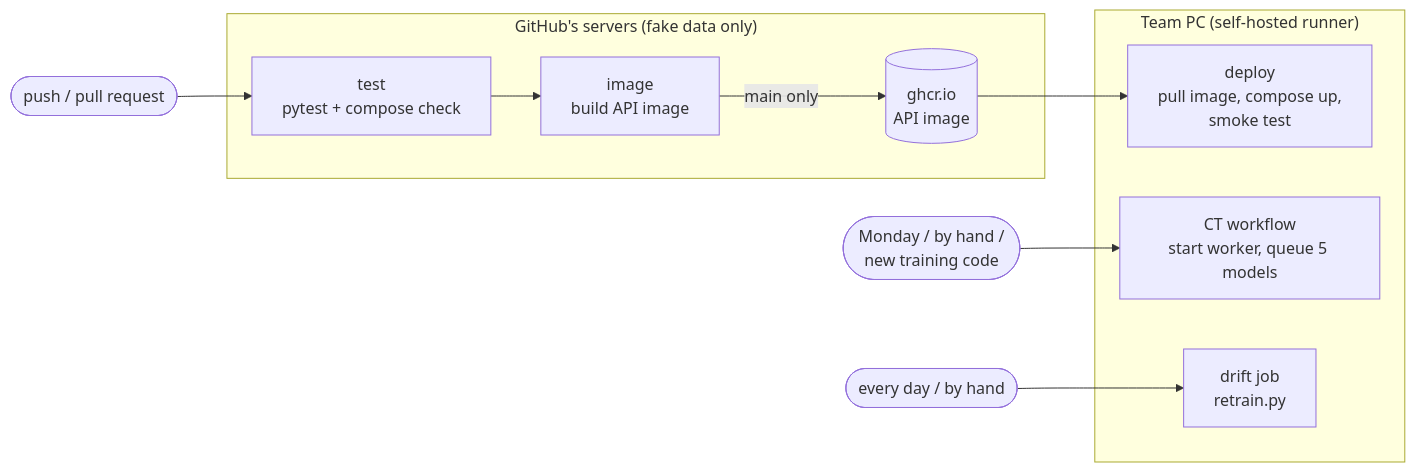
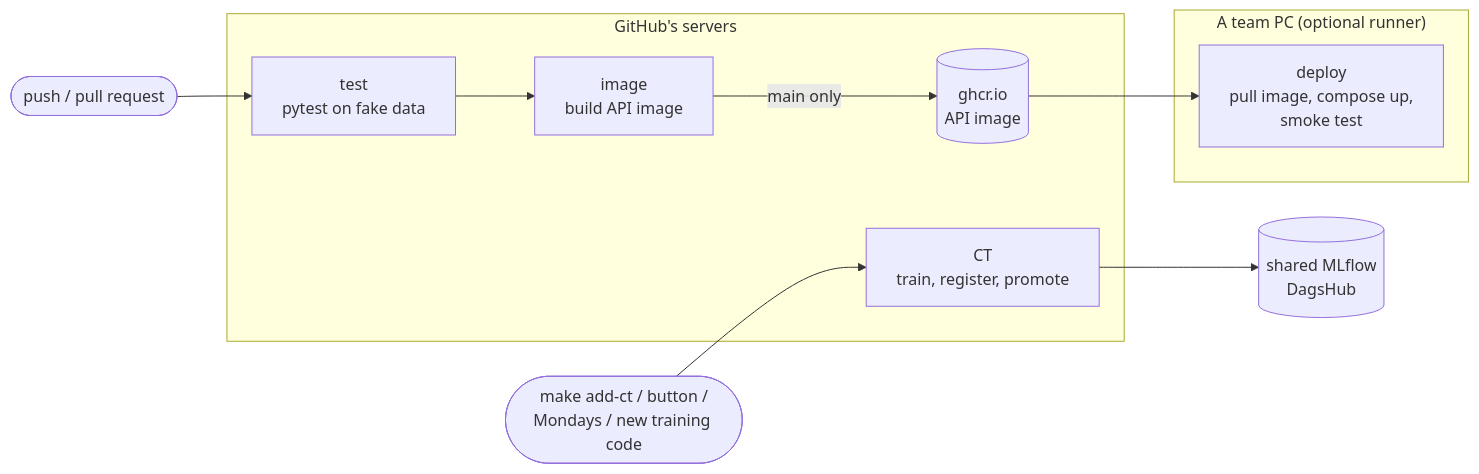
Before and after one commit to deensza/skysat-mlops: the third of 3 diagrams in docs/architecture.md, drawn with Mermaid. The commit also changed other lines of this file and 13 other files, not shown here.

Commit message:
Step 8: move continuous training to GitHub Actions with a shared DagsHub MLflow

````diff
--- a/docs/architecture.md
+++ b/docs/architecture.md
@@ -114,17 +125,16 @@
 ```mermaid
 flowchart LR
-    subgraph GH["GitHub's servers (fake data only)"]
-        test["test<br/>pytest + compose check"]
+    subgraph GH["GitHub's servers"]
+        test["test<br/>pytest on fake data"]
         image["image<br/>build API image"]
         ghcr[("ghcr.io<br/>API image")]
+        ct["CT<br/>train, register, promote"]
     end
-    subgraph PC["Team PC (self-hosted runner)"]
+    mlflow[("shared MLflow<br/>DagsHub")]
+    subgraph PC["A team PC (optional runner)"]
         deploy["deploy<br/>pull image, compose up,<br/>smoke test"]
-        ctjob["CT workflow<br/>start worker, queue 5 models"]
-        drift["drift job<br/>retrain.py"]
     end
     push(["push / pull request"]) --> test --> image
     image -- "main only" --> ghcr --> deploy
-    sched(["Monday / by hand /<br/>new training code"]) --> ctjob
-    daily(["every day / by hand"]) --> drift
+    trig(["make add-ct / button /<br/>Mondays / new training code"]) --> ct --> mlflow
 ```
````
